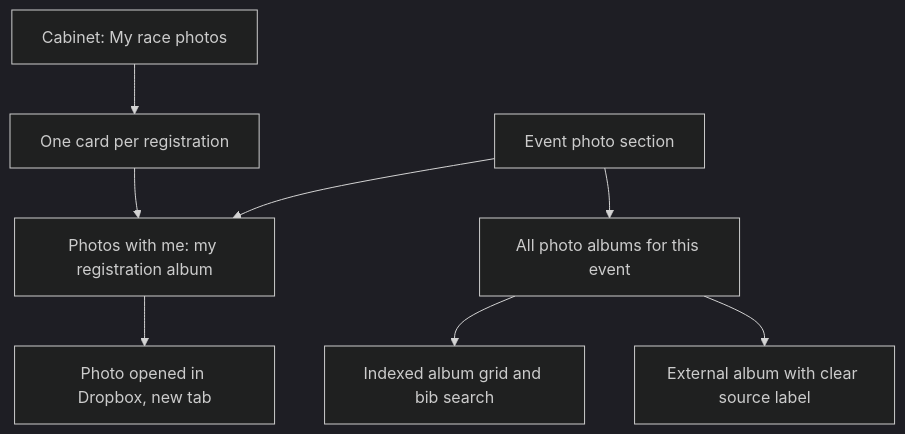
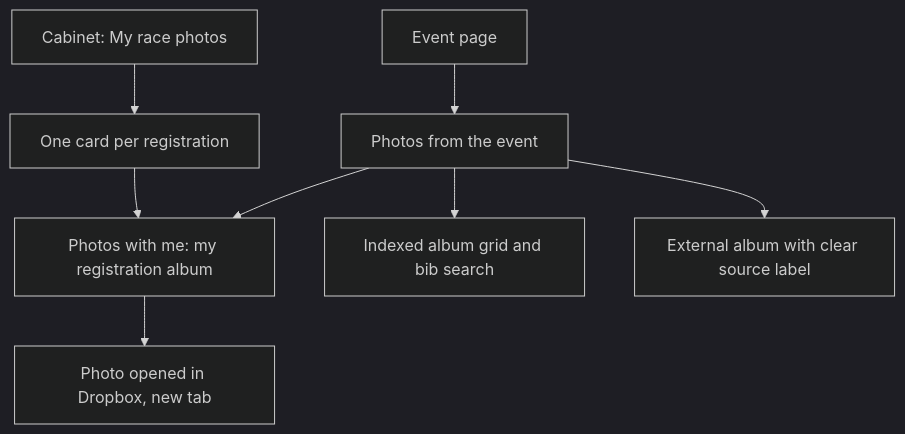
Before and after one commit to dchernykh1984/cycling-site: the diagram in specs/349-external-photo-albums/contracts/user-journeys.md, drawn with Mermaid (dark theme). The commit also changed other lines of this file and 17 other files, not shown here.

Commit message:
fix(photos): unify event navigation and label breadcrumb levels

````diff
--- a/specs/349-external-photo-albums/contracts/user-journeys.md
+++ b/specs/349-external-photo-albums/contracts/user-journeys.md
@@ -22,10 +22,10 @@
 ```mermaid
 flowchart TD
-  Event[Event photo section] --> Mine[Photos with me: my registration album]
-  Event --> Albums[All photo albums for this event]
+  Event[Event page] --> Albums[Photos from the event]
+  Albums --> Mine[Photos with me: my registration album]
   Profile[Cabinet: My race photos] --> Cards[One card per registration]
   Cards --> Mine
   Mine --> Photo[Photo opened in Dropbox, new tab]
   Albums --> Indexed[Indexed album grid and bib search]
   Albums --> External[External album with clear source label]
 ```
````
